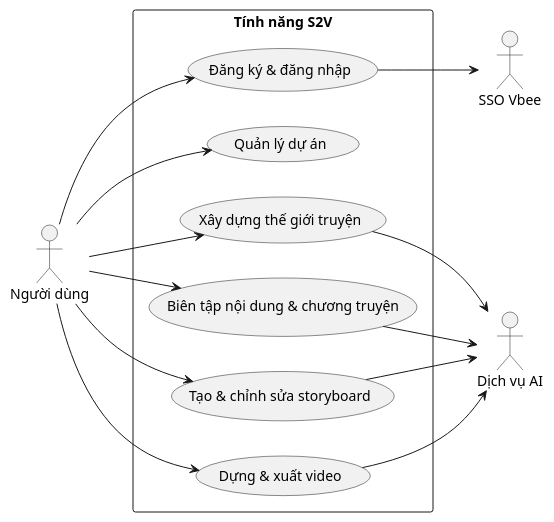
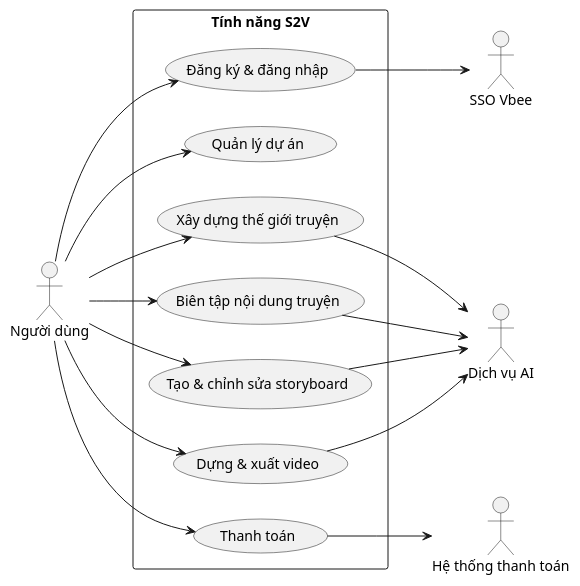
One commit to 202416852-anhpv/story2video-docs changed the diagram in docs/bieu-do-uc/tong-quat.puml. Above: the diagram before and after it, drawn with PlantUML. The commit also changed 28 other files, not shown here.

```diff
--- a/docs/bieu-do-uc/tong-quat.puml
+++ b/docs/bieu-do-uc/tong-quat.puml
@@ -1,30 +1,34 @@
 @startuml tong-quat
 left to right direction
 
 actor "Người dùng" as User
 actor "SSO Vbee" as SSO
 actor "Dịch vụ AI" as AI_Service
+actor "Hệ thống thanh toán" as PAY_SYS
 
 rectangle "Tính năng S2V" {
     usecase "Đăng ký & đăng nhập" as UC_01
     usecase "Quản lý dự án" as UC_02
     usecase "Xây dựng thế giới truyện" as UC_03
-    usecase "Biên tập nội dung & chương truyện" as UC_04
+    usecase "Biên tập nội dung truyện" as UC_04
     usecase "Tạo & chỉnh sửa storyboard" as UC_05
     usecase "Dựng & xuất video" as UC_06
+    usecase "Thanh toán" as UC_07
 }
 
 User --> UC_01
 User --> UC_02
 User --> UC_03
 User --> UC_04
 User --> UC_05
 User --> UC_06
+User --> UC_07
 
+UC_07 --> PAY_SYS
 UC_01 --> SSO
 UC_03 --> AI_Service
 UC_04 --> AI_Service
 UC_05 --> AI_Service
 UC_06 --> AI_Service
 
 @enduml
```
